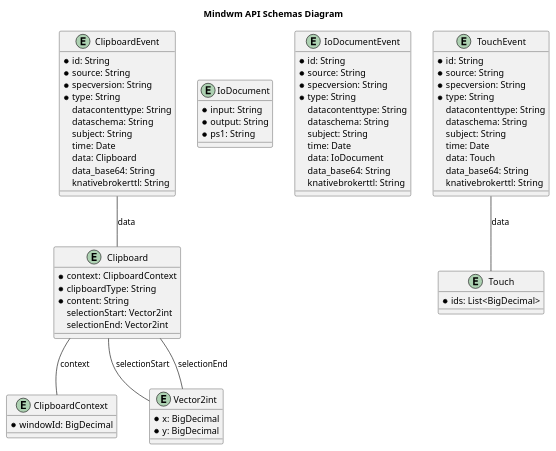
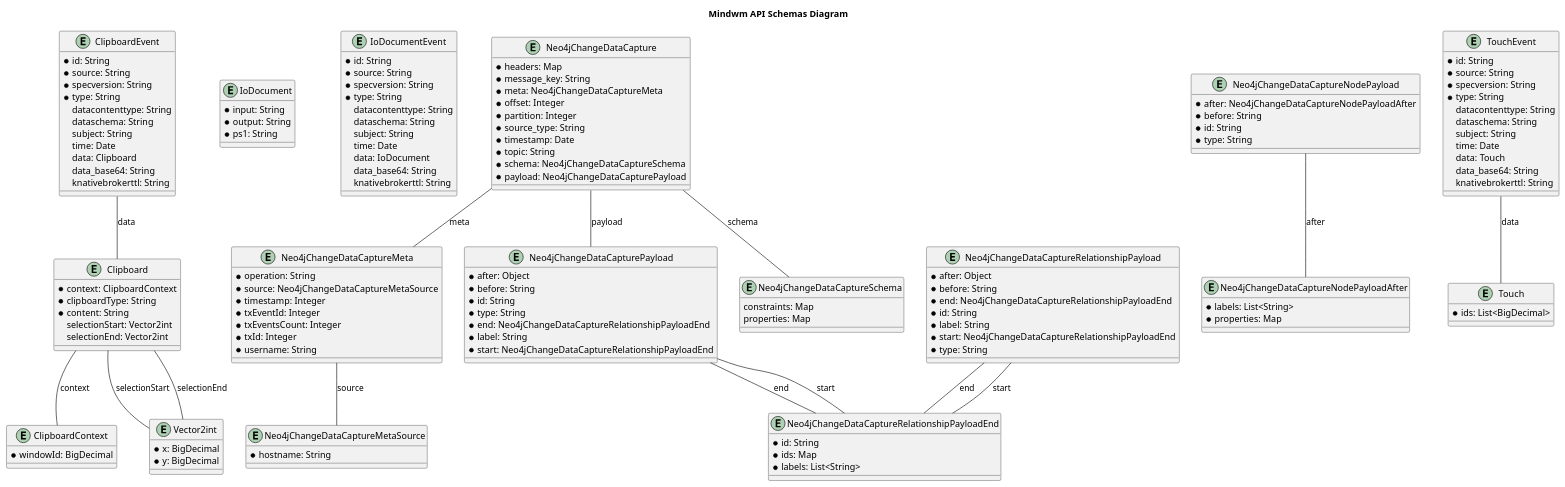
One commit to mindwm/mindwm-api changed the diagram in generated/openapi/plantuml/schemas.plantuml. Above: the diagram before and after it, drawn with PlantUML. The commit also changed 419 other files, not shown here.

```diff
--- a/generated/openapi/plantuml/schemas.plantuml
+++ b/generated/openapi/plantuml/schemas.plantuml
@@ -1,81 +1,160 @@
 @startuml
 
 title Mindwm API Schemas Diagram
 
 entity Clipboard {
     * context: ClipboardContext
     * clipboardType: String
     * content: String
     selectionStart: Vector2int
     selectionEnd: Vector2int
 }
 
 entity ClipboardContext {
     * windowId: BigDecimal
 }
 
 entity ClipboardEvent {
     * id: String
     * source: String
     * specversion: String
     * type: String
     datacontenttype: String
     dataschema: String
     subject: String
     time: Date
     data: Clipboard
     data_base64: String
     knativebrokerttl: String
 }
 
 entity IoDocument {
     * input: String
     * output: String
     * ps1: String
 }
 
 entity IoDocumentEvent {
     * id: String
     * source: String
     * specversion: String
     * type: String
     datacontenttype: String
     dataschema: String
     subject: String
     time: Date
     data: IoDocument
     data_base64: String
     knativebrokerttl: String
 }
 
+entity Neo4jChangeDataCapture {
+    * headers: Map
+    * message_key: String
+    * meta: Neo4jChangeDataCaptureMeta
+    * offset: Integer
+    * partition: Integer
+    * source_type: String
+    * timestamp: Date
+    * topic: String
+    * schema: Neo4jChangeDataCaptureSchema
+    * payload: Neo4jChangeDataCapturePayload
+}
+
+entity Neo4jChangeDataCaptureMeta {
+    * operation: String
+    * source: Neo4jChangeDataCaptureMetaSource
+    * timestamp: Integer
+    * txEventId: Integer
+    * txEventsCount: Integer
+    * txId: Integer
+    * username: String
+}
+
+entity Neo4jChangeDataCaptureMetaSource {
+    * hostname: String
+}
+
+entity Neo4jChangeDataCaptureNodePayload {
+    * after: Neo4jChangeDataCaptureNodePayloadAfter
+    * before: String
+    * id: String
+    * type: String
+}
+
+entity Neo4jChangeDataCaptureNodePayloadAfter {
+    * labels: List<String>
+    * properties: Map
+}
+
+entity Neo4jChangeDataCapturePayload {
+    * after: Object
+    * before: String
+    * id: String
+    * type: String
+    * end: Neo4jChangeDataCaptureRelationshipPayloadEnd
+    * label: String
+    * start: Neo4jChangeDataCaptureRelationshipPayloadEnd
+}
+
+entity Neo4jChangeDataCaptureRelationshipPayload {
+    * after: Object
+    * before: String
+    * end: Neo4jChangeDataCaptureRelationshipPayloadEnd
+    * id: String
+    * label: String
+    * start: Neo4jChangeDataCaptureRelationshipPayloadEnd
+    * type: String
+}
+
+entity Neo4jChangeDataCaptureRelationshipPayloadEnd {
+    * id: String
+    * ids: Map
+    * labels: List<String>
+}
+
+entity Neo4jChangeDataCaptureSchema {
+    constraints: Map
+    properties: Map
+}
+
 entity Touch {
     * ids: List<BigDecimal>
 }
 
 entity TouchEvent {
     * id: String
     * source: String
     * specversion: String
     * type: String
     datacontenttype: String
     dataschema: String
     subject: String
     time: Date
     data: Touch
     data_base64: String
     knativebrokerttl: String
 }
 
 entity Vector2int {
     * x: BigDecimal
     * y: BigDecimal
 }
 
 
 ClipboardEvent -- Clipboard : data
+Neo4jChangeDataCaptureNodePayload -- Neo4jChangeDataCaptureNodePayloadAfter : after
 TouchEvent -- Touch : data
+Neo4jChangeDataCapturePayload -- Neo4jChangeDataCaptureRelationshipPayloadEnd : end
+Neo4jChangeDataCapturePayload -- Neo4jChangeDataCaptureRelationshipPayloadEnd : start
+Neo4jChangeDataCaptureRelationshipPayload -- Neo4jChangeDataCaptureRelationshipPayloadEnd : end
+Neo4jChangeDataCaptureRelationshipPayload -- Neo4jChangeDataCaptureRelationshipPayloadEnd : start
+Neo4jChangeDataCaptureMeta -- Neo4jChangeDataCaptureMetaSource : source
+Neo4jChangeDataCapture -- Neo4jChangeDataCaptureMeta : meta
+Neo4jChangeDataCapture -- Neo4jChangeDataCaptureSchema : schema
+Neo4jChangeDataCapture -- Neo4jChangeDataCapturePayload : payload
 Clipboard -- ClipboardContext : context
 Clipboard -- Vector2int : selectionStart
 Clipboard -- Vector2int : selectionEnd
 
 @enduml
```
